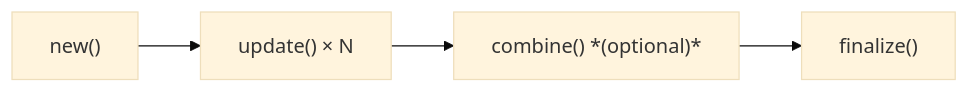
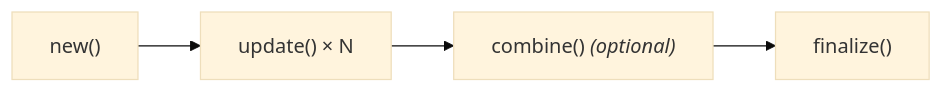
The diagram in book/src/testing.md (tomtom215/quack-rs), drawn with Mermaid (base theme) before and after one commit. The commit also changed 12 other files, not shown here.

````diff
--- a/book/src/testing.md
+++ b/book/src/testing.md
@@ -337,6 +337,6 @@
 ```mermaid
 flowchart LR
     N["new()"] --> U["update() × N"]
-    U --> C["combine() *(optional)*"]
+    U --> C["combine() <i>(optional)</i>"]
     C --> F["finalize()"]
 ```
````
